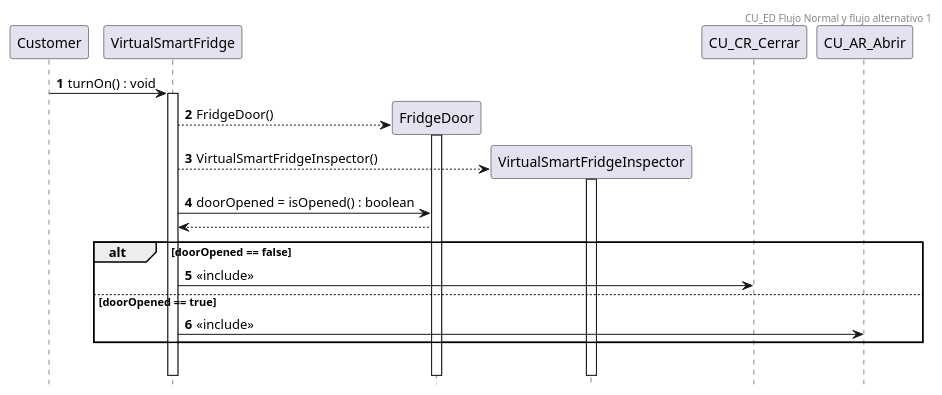
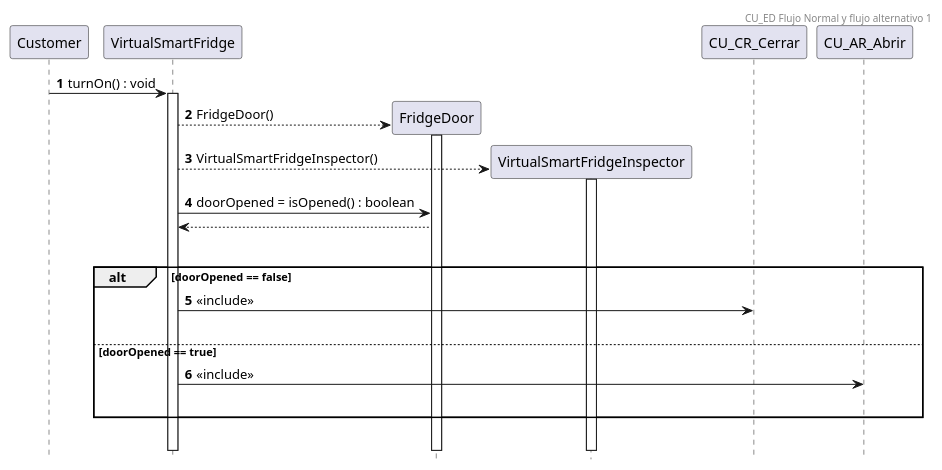
One commit to mgardos/vsfridge changed the diagram in src/site/resources/uc_ed_normal_and_alt1_flows.puml. Above: the diagram before and after it, drawn with PlantUML. The commit also changed 1 other file, not shown here.

Commit message:
Update class diagram for domain model and add sequence diagrams for use cases Poner producto, Tomar producto and Cerrar.

```diff
--- a/src/site/resources/uc_ed_normal_and_alt1_flows.puml
+++ b/src/site/resources/uc_ed_normal_and_alt1_flows.puml
@@ -1,31 +1,35 @@
 @startuml
 
 hide footbox
 header CU_ED Flujo Normal y flujo alternativo 1
 autonumber
 
 Customer -> VirtualSmartFridge: turnOn() : void
 activate VirtualSmartFridge
 
 create FridgeDoor
 VirtualSmartFridge --> FridgeDoor: FridgeDoor()
 activate FridgeDoor
 
 create VirtualSmartFridgeInspector
 VirtualSmartFridge --> VirtualSmartFridgeInspector: VirtualSmartFridgeInspector()
 activate VirtualSmartFridgeInspector
 
 VirtualSmartFridge -> FridgeDoor : doorOpened = isOpened() : boolean
 
 autonumber stop
 FridgeDoor --> VirtualSmartFridge
 
+|||
 autonumber resume
+
 alt doorOpened == false
 VirtualSmartFridge -> CU_CR_Cerrar : <<include>>
+|||
 else doorOpened == true
 VirtualSmartFridge -> CU_AR_Abrir : <<include>>
+|||
 end
 |||
 
 @enduml
```
